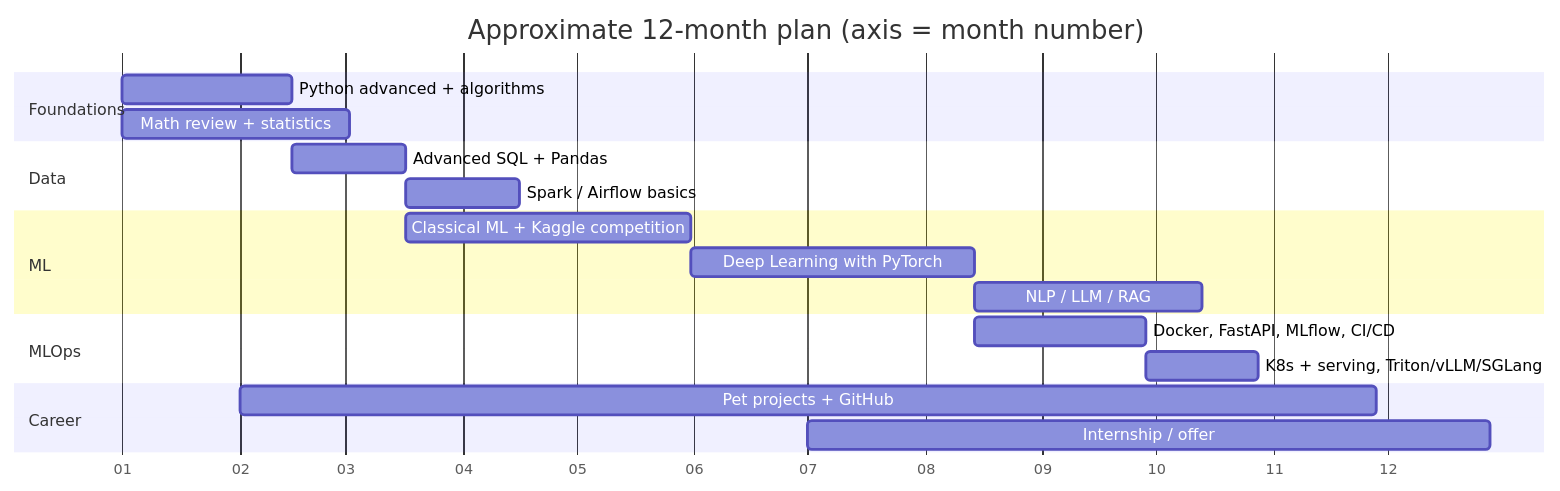
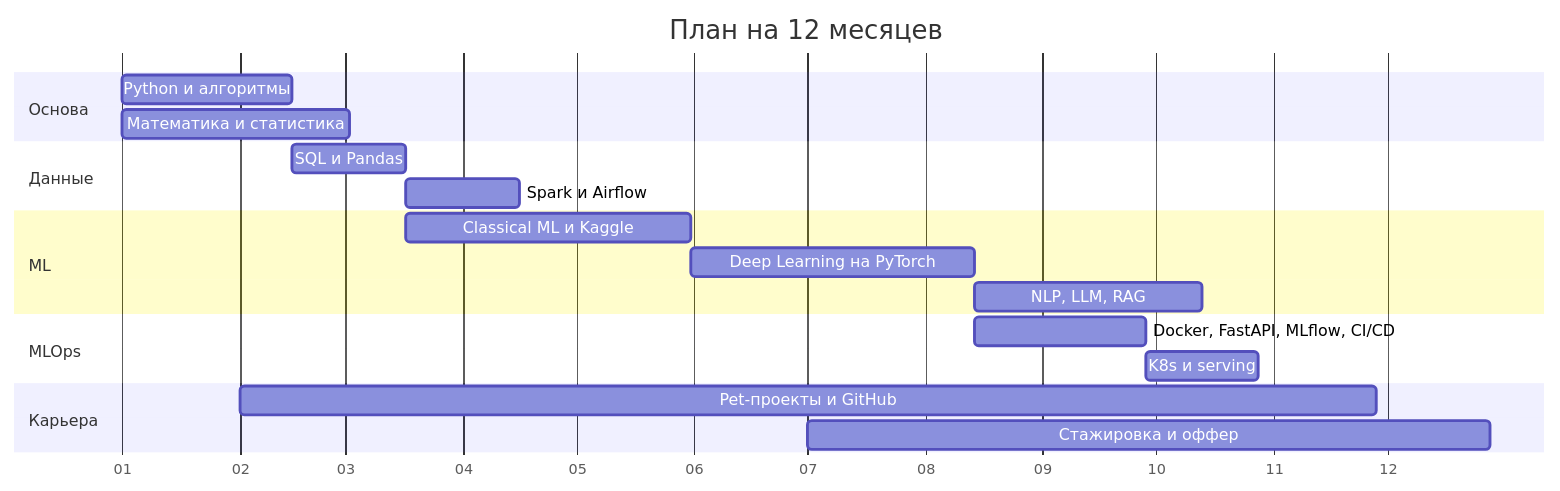
The second of 2 diagrams in README.md (vincere-mori/ml-engineer-roadmap), drawn with Mermaid before and after one commit. The commit also changed other lines of this file and 38 other files, not shown here.

````diff
--- a/README.md
+++ b/README.md
@@ -80,27 +141,27 @@
 ```mermaid
 gantt
-    title Approximate 12-month plan (axis = month number)
+    title План на 12 месяцев
     dateFormat  YYYY-MM-DD
     axisFormat  %m
 
-    section Foundations
-    Python advanced + algorithms   :a1, 2026-01-01, 45d
-    Math review + statistics       :a2, 2026-01-01, 60d
+    section Основа
+    Python и алгоритмы             :a1, 2026-01-01, 45d
+    Математика и статистика        :a2, 2026-01-01, 60d
 
-    section Data
-    Advanced SQL + Pandas          :b1, after a1, 30d
-    Spark / Airflow basics         :b2, after b1, 30d
+    section Данные
+    SQL и Pandas                   :b1, after a1, 30d
+    Spark и Airflow                :b2, after b1, 30d
 
     section ML
-    Classical ML + Kaggle competition :c1, after b1, 75d
-    Deep Learning with PyTorch        :c2, after c1, 75d
-    NLP / LLM / RAG                   :c3, after c2, 60d
+    Classical ML и Kaggle          :c1, after b1, 75d
+    Deep Learning на PyTorch       :c2, after c1, 75d
+    NLP, LLM, RAG                  :c3, after c2, 60d
 
     section MLOps
     Docker, FastAPI, MLflow, CI/CD :d1, after c2, 45d
-    K8s + serving, Triton/vLLM/SGLang :d2, after d1, 30d
+    K8s и serving                  :d2, after d1, 30d
 
-    section Career
-    Pet projects + GitHub          :e1, 2026-02-01, 300d
-    Internship / offer             :e2, 2026-07-01, 180d
+    section Карьера
+    Pet-проекты и GitHub           :e1, 2026-02-01, 300d
+    Стажировка и оффер             :e2, 2026-07-01, 180d
 ```
````
